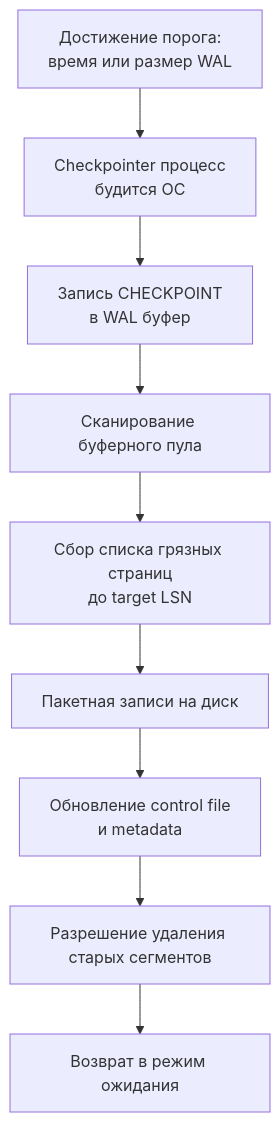
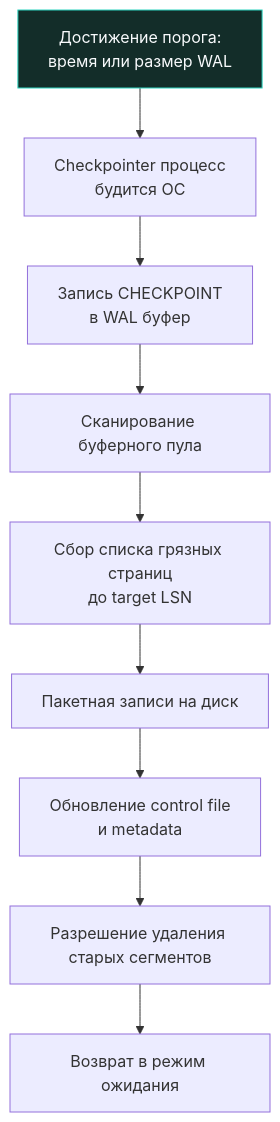
Before and after one commit to UnrealTemplier/go-textbook: the diagram in sources/12. Базы данных/05. Транзакции и внутренности/9. Checkpointing.md, drawn with Mermaid. The commit also changed 1666 other files, not shown here.

First line of the commit message:
feat(mermaid): add semantic color classDef to 1369 colorless flowchart/graph diagrams

````diff
--- a/sources/12. Базы данных/05. Транзакции и внутренности/9. Checkpointing.md
+++ b/sources/12. Базы данных/05. Транзакции и внутренности/9. Checkpointing.md
@@ -12,11 +12,21 @@
 ```mermaid
 flowchart TD
-    A["Достижение порога:<br>время или размер WAL"] --> B["Checkpointer процесс<br>будится ОС"]
+    classDef process  fill:#1e293b,stroke:#38bdf8,stroke-width:1px,color:#f8fafc
+    classDef success  fill:#064e3b,stroke:#34d399,stroke-width:1px,color:#f8fafc
+    classDef error    fill:#7f1d1d,stroke:#f87171,stroke-width:1px,color:#f8fafc
+    classDef warning  fill:#78350f,stroke:#fbbf24,stroke-width:1px,color:#f8fafc
+    classDef entry    fill:#1e3a5f,stroke:#38bdf8,stroke-width:2px,color:#f8fafc
+    classDef aux      fill:#334155,stroke:#64748b,stroke-width:1px,color:#f8fafc
+    classDef system   fill:#312e81,stroke:#a78bfa,stroke-width:1px,color:#f8fafc
+    classDef data     fill:#132d29,stroke:#2dd4bf,stroke-width:1px,color:#f8fafc
+    classDef network  fill:#881337,stroke:#fb7185,stroke-width:1px,color:#f8fafc
+    classDef accent   fill:#1e1b4b,stroke:#818cf8,stroke-width:1px,color:#f8fafc
+    A["Достижение порога:<br>время или размер WAL"]:::data --> B["Checkpointer процесс<br>будится ОС"]
     B --> C["Запись CHECKPOINT<br>в WAL буфер"]
     C --> D["Сканирование буферного пула"]
     D --> E["Сбор списка грязных страниц<br>до target LSN"]
     E --> F["Пакетная записи на диск"]
     F --> G["Обновление control file<br>и metadata"]
     G --> H["Разрешение удаления старых сегментов"]
     H --> I["Возврат в режим ожидания"]
 ```
````
